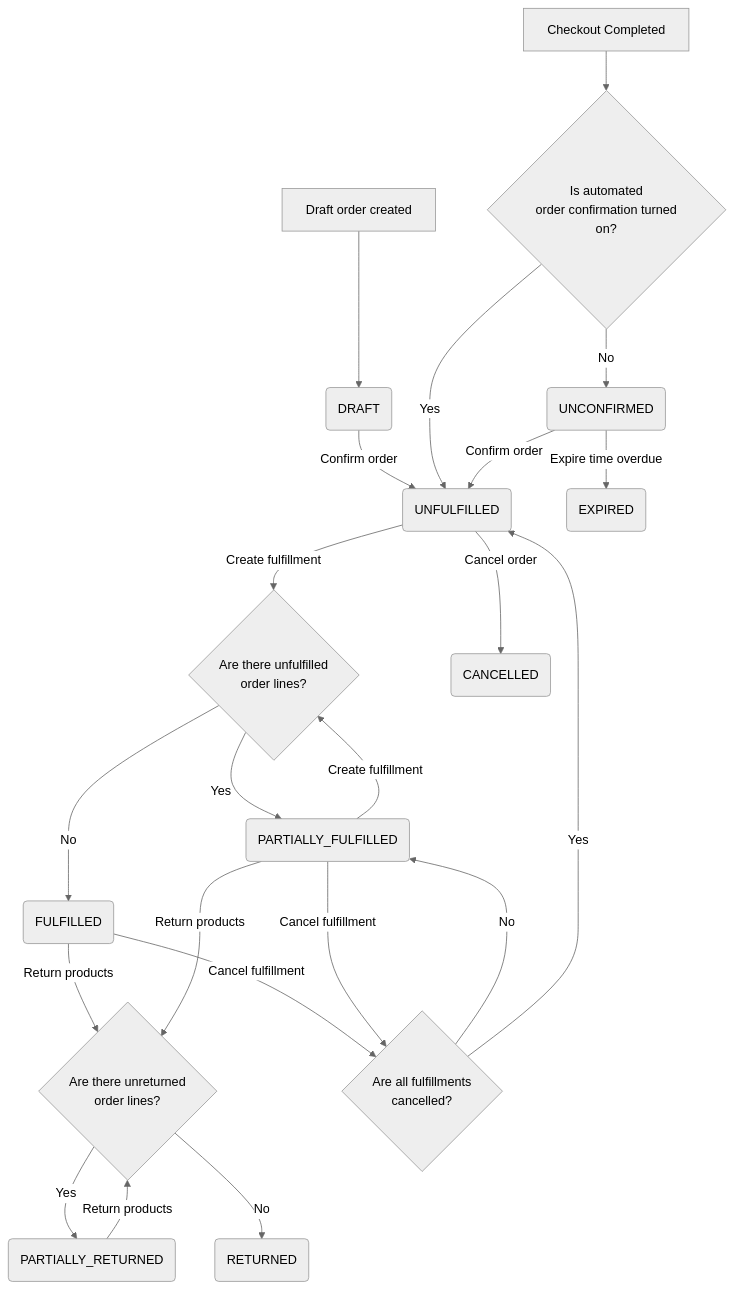
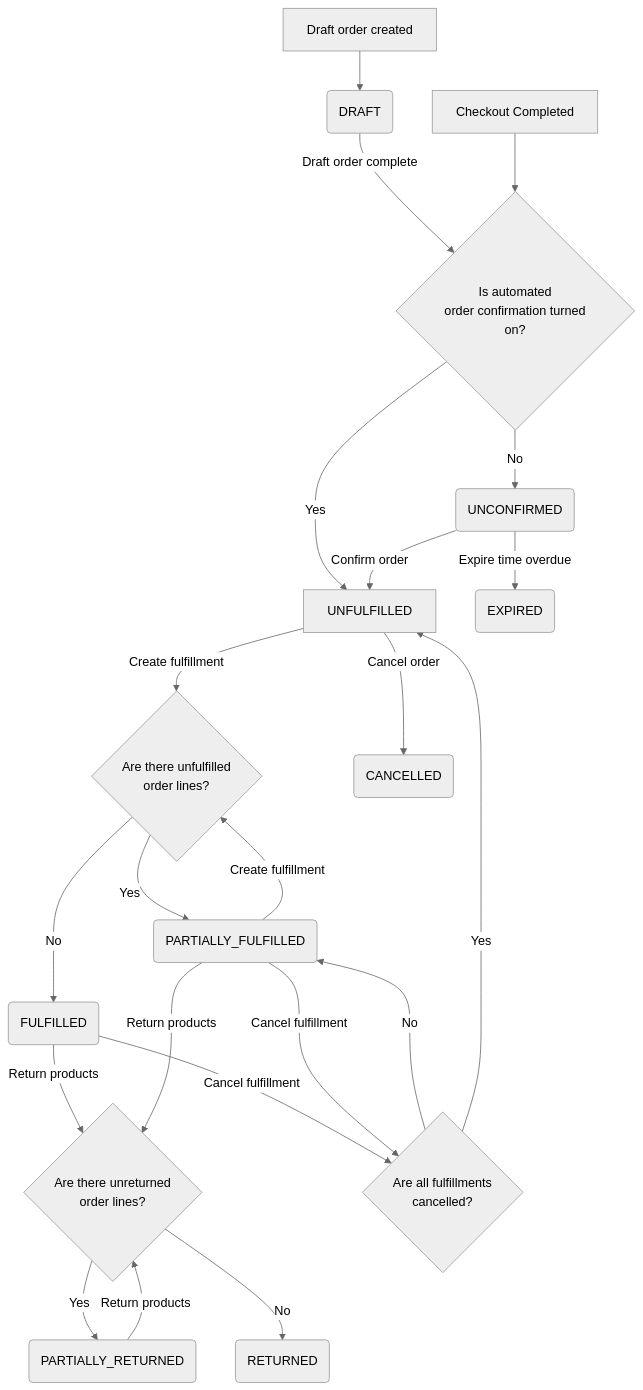
One commit to saleor/saleor-docs changed the first of 7 diagrams in docs/developer/order/order-status.mdx. Above: the diagram before and after it, drawn with Mermaid (neutral theme).

Commit message:
update order status graph

````diff
--- a/docs/developer/order/order-status.mdx
+++ b/docs/developer/order/order-status.mdx
@@ -17,38 +17,37 @@
 ```mermaid
 flowchart TD
     CreatedDraft[Draft order created] --> DRAFT(DRAFT)
     CheckoutCompleted[Checkout Completed]
 
-    DRAFT -->|Confirm order| UNFULFILLED(UNFULFILLED)
+    DRAFT -->| Draft order complete | isAutomated{Is automated<br> order confirmation turned on?}
 
-    CheckoutCompleted --> isAutomated{Is automated<br> order confirmation turned on?}
+    CheckoutCompleted --> isAutomated
     isAutomated -->|Yes| UNFULFILLED
     isAutomated -->|No| UNCONFIRMED(UNCONFIRMED)
 
     UNCONFIRMED -->|Expire time overdue| EXPIRED(EXPIRED)
     UNCONFIRMED -->|Confirm order| UNFULFILLED
 
     UNFULFILLED -->|Create fulfillment| isNotFulfilled{Are there unfulfilled<br> order lines?}
     isNotFulfilled -->|Yes| PARTIALLY_FULFILLED(PARTIALLY_FULFILLED)
     isNotFulfilled -->|No| FULFILLED(FULFILLED)
     UNFULFILLED -->|Cancel order| CANCELLED(CANCELLED)
 
     FULFILLED -->|Return products| isNotReturned
     FULFILLED -->|Cancel fulfillment| isAllCancelled
 
     PARTIALLY_FULFILLED -->|Create fulfillment| isNotFulfilled
     PARTIALLY_FULFILLED --->|Return products| isNotReturned{Are there unreturned<br> order lines?}
     PARTIALLY_FULFILLED --->|Cancel fulfillment| isAllCancelled{Are all fulfillments<br> cancelled?}
 
     isAllCancelled ~~~ isNotFulfilled
 
     isAllCancelled -->|No| PARTIALLY_FULFILLED
     isAllCancelled -->|Yes| UNFULFILLED
 
     isNotReturned -->|Yes| PARTIALLY_RETURNED(PARTIALLY_RETURNED)
     isNotReturned -->|No| RETURNED(RETURNED)
 
     PARTIALLY_RETURNED -->|Return products| isNotReturned
 
-
 ```
````
